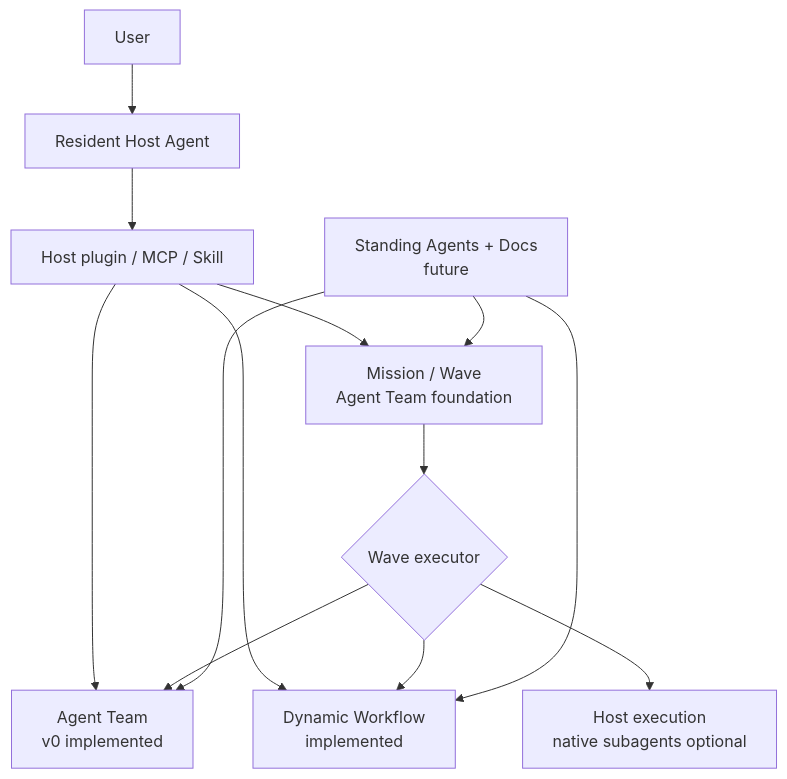
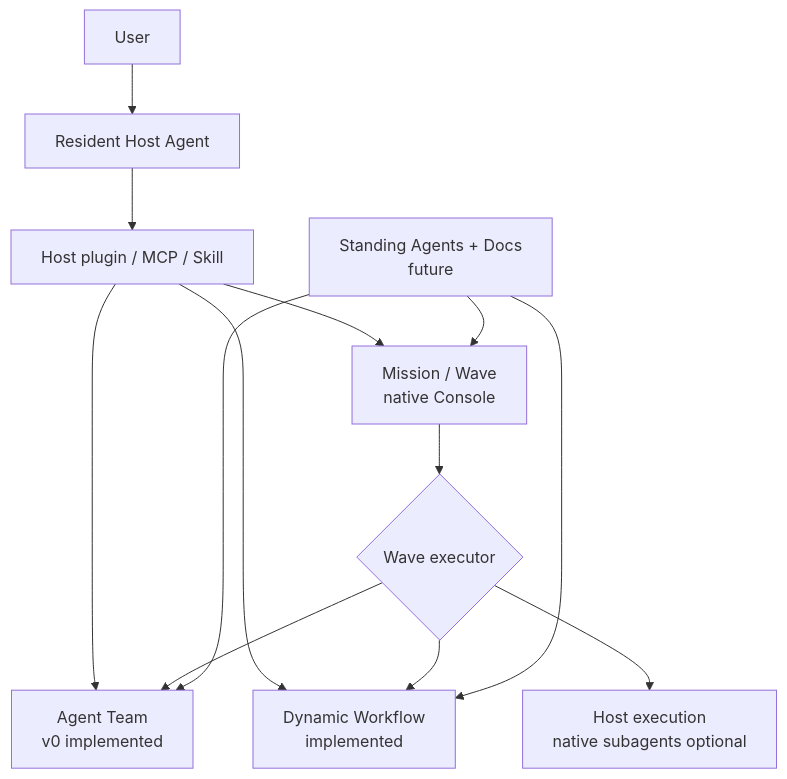
One commit to cyl19970726/multi-agent-harness changed the first of 4 diagrams in docs/architecture-map.md. Above: the diagram before and after it, drawn with Mermaid. The commit also changed other lines of this file and 24 other files, not shown here.

Commit message:
feat: ship mission-first agent team console

````diff
--- a/docs/architecture-map.md
+++ b/docs/architecture-map.md
@@ -24,15 +24,15 @@
 ```mermaid
 flowchart TB
   User["User"] --> Host["Resident Host Agent"]
   Host --> Plugin["Host plugin / MCP / Skill"]
-  Plugin --> Mission["Mission / Wave<br/>Agent Team foundation"]
+  Plugin --> Mission["Mission / Wave<br/>native Console"]
   Plugin --> Workflow["Dynamic Workflow<br/>implemented"]
   Plugin --> Team["Agent Team<br/>v0 implemented"]
   Mission --> Choice{"Wave executor"}
   Choice --> Team
   Choice --> Workflow
   Choice --> Direct["Host execution<br/>native subagents optional"]
   Standing["Standing Agents + Docs<br/>future"] --> Mission
   Standing --> Workflow
   Standing --> Team
 ```
````
